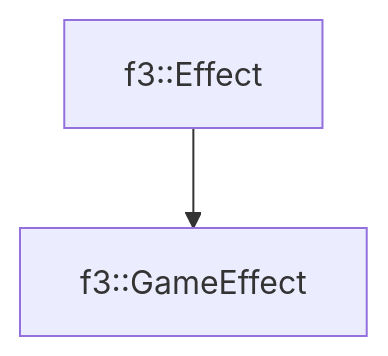
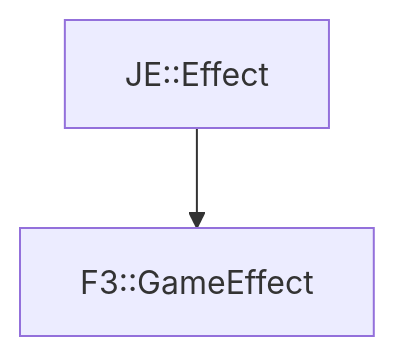
One commit to OpenJE/openvb changed the diagram in docs/f3/GameEffect.md. Above: the diagram before and after it, drawn with Mermaid. The commit also changed other lines of this file and 1399 other files, not shown here.

````diff
--- a/docs/f3/GameEffect.md
+++ b/docs/f3/GameEffect.md
@@ -16,4 +16,4 @@
 ```mermaid
 graph TD;
-    f3::Effect --> f3::GameEffect
+    JE::Effect --> F3::GameEffect
 ```
````
